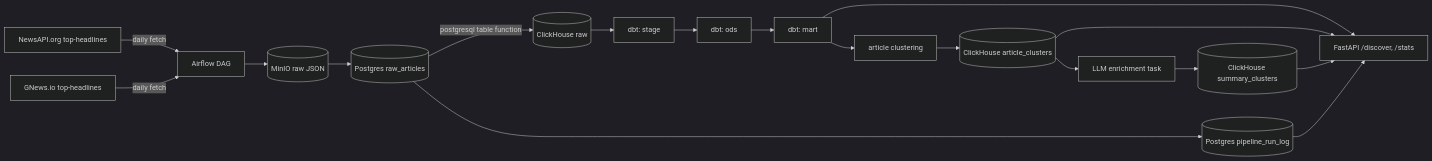
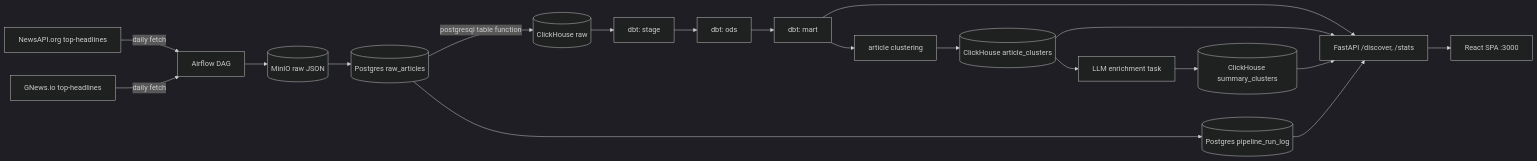
Before and after one commit to DeonisusDev/news_intelligence_platform: the diagram in docs/architecture.md, drawn with Mermaid (dark theme). The commit also changed other lines of this file and 48 other files, not shown here.

First line of the commit message:
Add Phase 6 web frontend: Vite/React/Tailwind SPA over FastAPI

````diff
--- a/docs/architecture.md
+++ b/docs/architecture.md
@@ -3,20 +3,21 @@
 ```mermaid
 flowchart LR
     A1[NewsAPI.org top-headlines] -->|daily fetch| B[Airflow DAG]
     A2[GNews.io top-headlines] -->|daily fetch| B
     B --> C[(MinIO raw JSON)]
     C --> D[(Postgres raw_articles)]
     D -->|postgresql table function| E[(ClickHouse raw)]
     E --> F[dbt: stage]
     F --> G[dbt: ods]
     G --> H[dbt: mart]
     H --> M[article clustering]
     M --> N[(ClickHouse article_clusters)]
     N --> I[LLM enrichment task]
     I --> J[(ClickHouse summary_clusters)]
     H --> K[FastAPI /discover, /stats]
     N --> K
     J --> K
     D --> L[(Postgres pipeline_run_log)]
     L --> K
+    K --> P[React SPA :3000]
 ```
````
